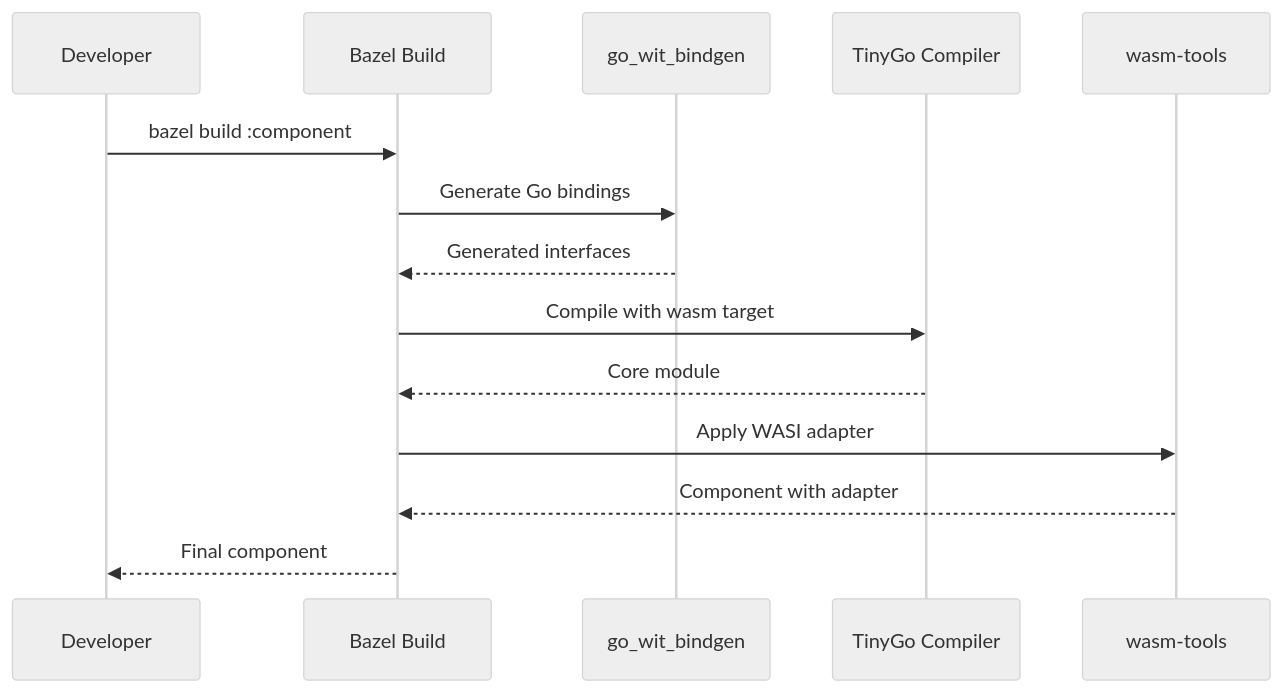
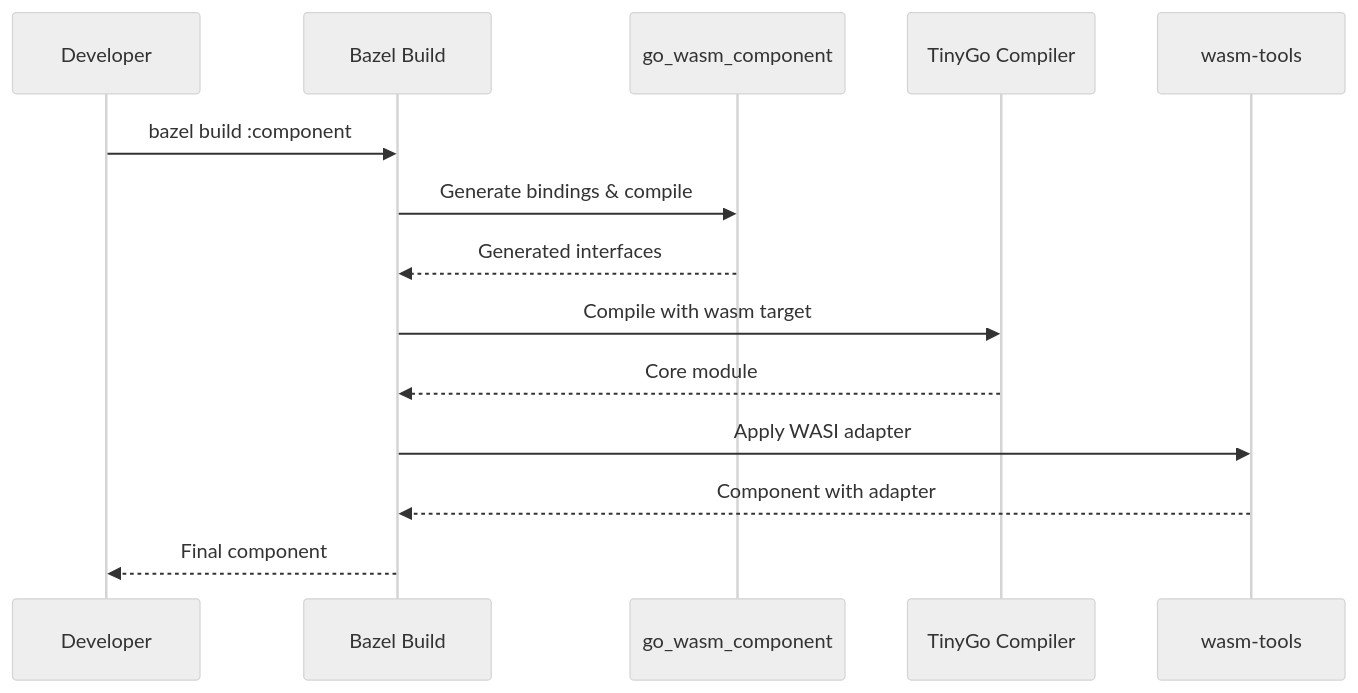
The second of 3 diagrams in docs-site/src/content/docs/workflow/development-flow.mdx (pulseengine/rules_wasm_component), drawn with Mermaid (neutral theme) before and after one commit. The commit also changed 6 other files, not shown here.

````diff
--- a/docs-site/src/content/docs/workflow/development-flow.mdx
+++ b/docs-site/src/content/docs/workflow/development-flow.mdx
@@ -78,17 +78,17 @@
 ```mermaid
 sequenceDiagram
     participant Dev as Developer
     participant Bazel as Bazel Build
-    participant WITG as go_wit_bindgen
+    participant GoComp as go_wasm_component
     participant TinyGo as TinyGo Compiler
     participant Tools as wasm-tools
 
     Dev->>Bazel: bazel build :component
-    Bazel->>WITG: Generate Go bindings
-    WITG-->>Bazel: Generated interfaces
+    Bazel->>GoComp: Generate bindings & compile
+    GoComp-->>Bazel: Generated interfaces
     Bazel->>TinyGo: Compile with wasm target
     TinyGo-->>Bazel: Core module
     Bazel->>Tools: Apply WASI adapter
     Tools-->>Bazel: Component with adapter
     Bazel-->>Dev: Final component
 ```
````
